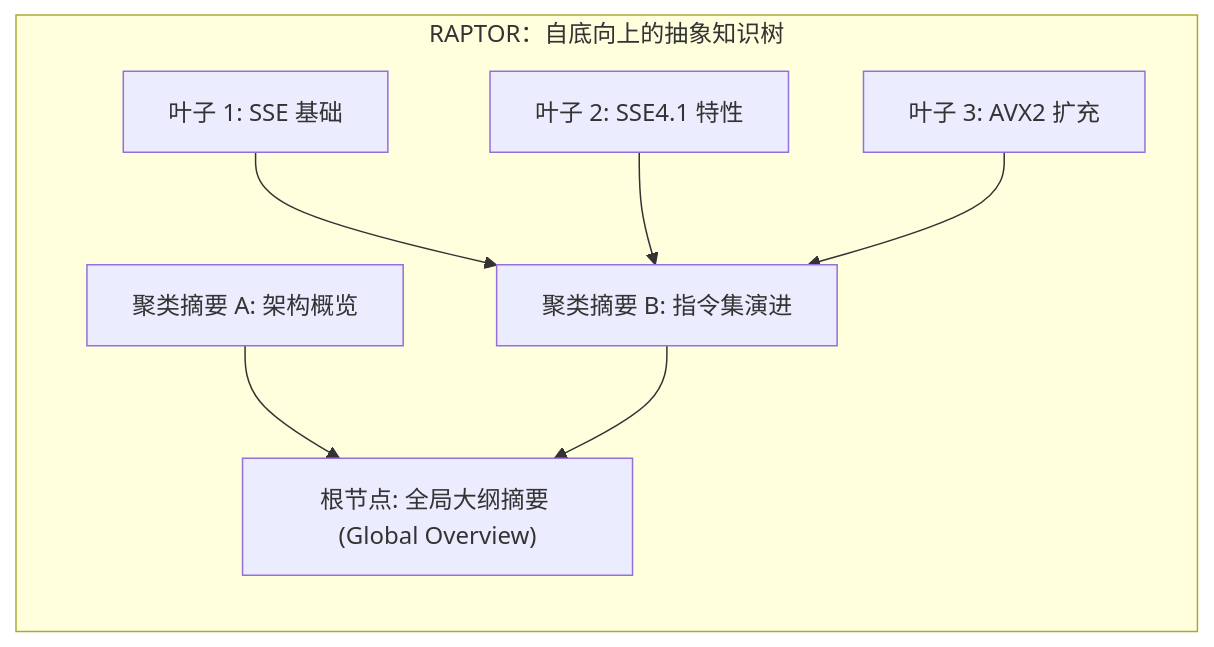
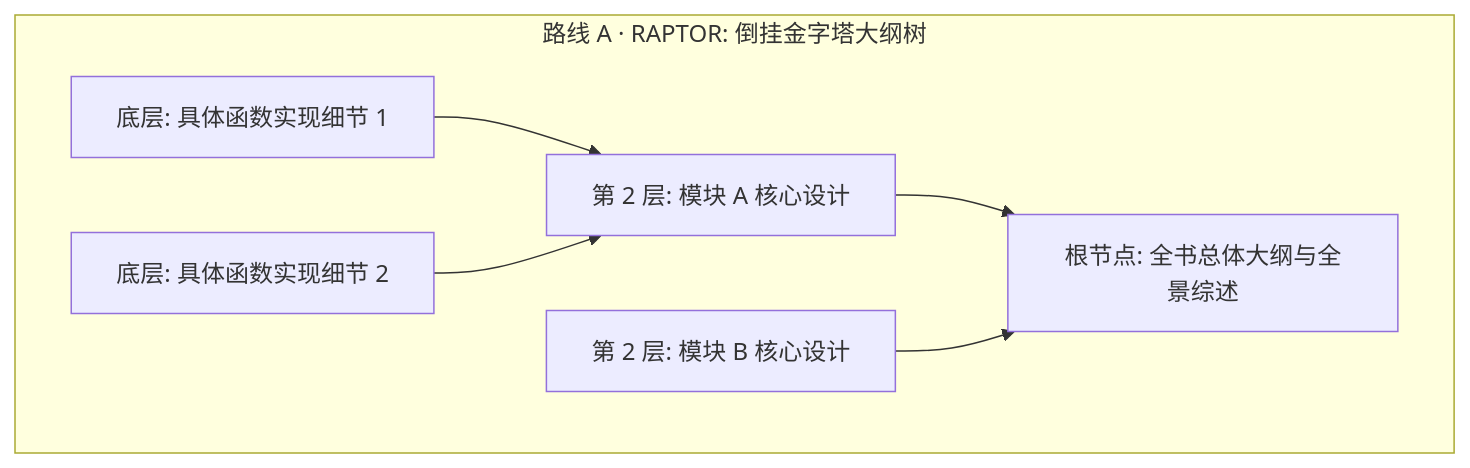
One commit to ljh12138164/ai-agent-study changed the second of 3 diagrams in app/ch03-memory-rag/03-structured-indexing/page.mdx. Above: the diagram before and after it, drawn with Mermaid. The commit also changed other lines of this file and 43 other files, not shown here.

````diff
--- a/app/ch03-memory-rag/03-structured-indexing/page.mdx
+++ b/app/ch03-memory-rag/03-structured-indexing/page.mdx
@@ -36,18 +35,14 @@
 ```mermaid
-graph TD
-    subgraph RAPTOR["RAPTOR：自底向上的抽象知识树"]
-        direction TB
-        R_Root["根节点: 全局大纲摘要 (Global Overview)"]
-        R_Mid1["聚类摘要 A: 架构概览"]
-        R_Mid2["聚类摘要 B: 指令集演进"]
-        R_Leaf1["叶子 1: SSE 基础"]
-        R_Leaf2["叶子 2: SSE4.1 特性"]
-        R_Leaf3["叶子 3: AVX2 扩充"]
-        
-        R_Leaf1 --> R_Mid2
-        R_Leaf2 --> R_Mid2
-        R_Leaf3 --> R_Mid2
-        R_Mid1 --> R_Root
-        R_Mid2 --> R_Root
+flowchart TD
+    subgraph RAPTOR["路线 A · RAPTOR: 倒挂金字塔大纲树"]
+        R_Top["根节点: 全书总体大纲与全景综述"]
+        R_Mid1["第 2 层: 模块 A 核心设计"]
+        R_Mid2["第 2 层: 模块 B 核心设计"]
+        R_Leaf1["底层: 具体函数实现细节 1"]
+        R_Leaf2["底层: 具体函数实现细节 2"]
+        R_Leaf1 --> R_Mid1
+        R_Leaf2 --> R_Mid1
+        R_Mid1 --> R_Top
+        R_Mid2 --> R_Top
     end
 ```
````
